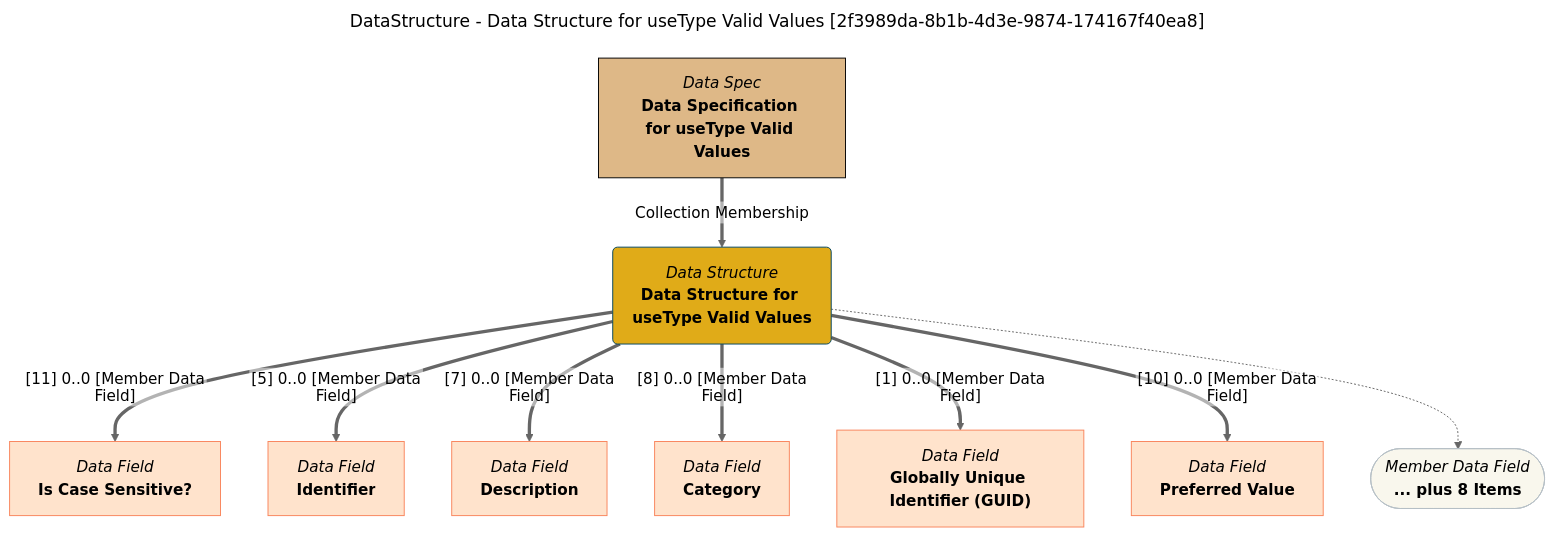
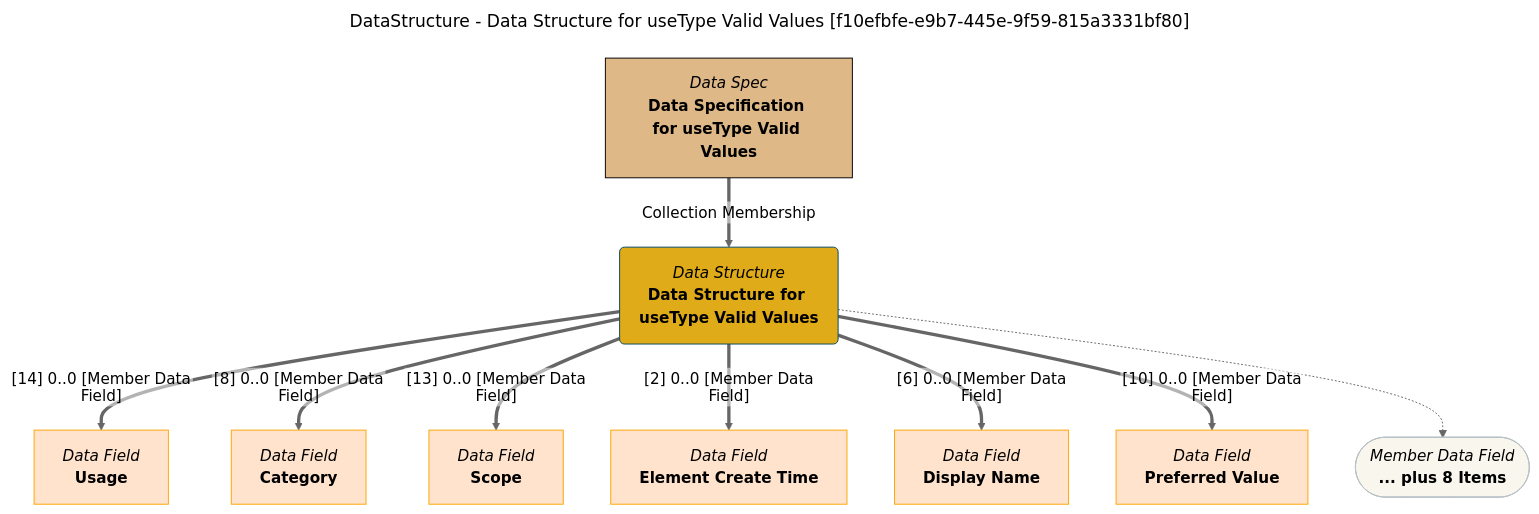
The diagram in site/snippets/data-structures/data-structure-for-usetype-valid-values-mermaid-graph.md (odpi/egeria-docs), drawn with Mermaid (neutral theme) before and after one commit. The commit also changed 2201 other files, not shown here.

````diff
--- a/site/snippets/data-structures/data-structure-for-usetype-valid-values-mermaid-graph.md
+++ b/site/snippets/data-structures/data-structure-for-usetype-valid-values-mermaid-graph.md
@@ -1,43 +1,43 @@
 ```mermaid
 ---
-title: DataStructure - Data Structure for useType Valid Values [2f3989da-8b1b-4d3e-9874-174167f40ea8]
+title: DataStructure - Data Structure for useType Valid Values [f10efbfe-e9b7-445e-9f59-815a3331bf80]
 ---
 flowchart TD
 %%{init: {"flowchart": {"htmlLabels": false}} }%%
 
 1@{ shape: rounded, label: "*Data Structure*
 **Data Structure for useType Valid Values**"}
 2@{ shape: rect, label: "*Data Spec*
 **Data Specification for useType Valid Values**"}
 2==>|"Collection Membership"|1
 3@{ shape: rect, label: "*Data Field*
-**Is Case Sensitive?**"}
-1==>|"[11] 0..0 [Member Data Field]"|3
+**Usage**"}
+1==>|"[14] 0..0 [Member Data Field]"|3
 4@{ shape: rect, label: "*Data Field*
-**Identifier**"}
-1==>|"[5] 0..0 [Member Data Field]"|4
+**Category**"}
+1==>|"[8] 0..0 [Member Data Field]"|4
 5@{ shape: rect, label: "*Data Field*
-**Description**"}
-1==>|"[7] 0..0 [Member Data Field]"|5
+**Scope**"}
+1==>|"[13] 0..0 [Member Data Field]"|5
 6@{ shape: rect, label: "*Data Field*
-**Category**"}
-1==>|"[8] 0..0 [Member Data Field]"|6
+**Element Create Time**"}
+1==>|"[2] 0..0 [Member Data Field]"|6
 7@{ shape: rect, label: "*Data Field*
-**Globally Unique Identifier (GUID)**"}
-1==>|"[1] 0..0 [Member Data Field]"|7
+**Display Name**"}
+1==>|"[6] 0..0 [Member Data Field]"|7
 8@{ shape: rect, label: "*Data Field*
 **Preferred Value**"}
 1==>|"[10] 0..0 [Member Data Field]"|8
 9@{ shape: stadium, label: "*Member Data Field*
 **... plus 8 Items**"}
 1-.->9
 style 1 color:#000000, fill:#e0ab18, stroke:#004563
-style 2 color:#000000, fill:#deb887, stroke:#000000
-style 3 color:#000000, fill:#ffe3cc, stroke:#f9845b
-style 4 color:#000000, fill:#ffe3cc, stroke:#f9845b
-style 5 color:#000000, fill:#ffe3cc, stroke:#f9845b
-style 6 color:#000000, fill:#ffe3cc, stroke:#f9845b
-style 7 color:#000000, fill:#ffe3cc, stroke:#f9845b
-style 8 color:#000000, fill:#ffe3cc, stroke:#f9845b
+style 2 color:#000000, fill:#DEB887, stroke:#000000
+style 3 color:#000000, fill:#ffe3cc, stroke:#FFA500
+style 4 color:#000000, fill:#ffe3cc, stroke:#FFA500
+style 5 color:#000000, fill:#ffe3cc, stroke:#FFA500
+style 6 color:#000000, fill:#ffe3cc, stroke:#FFA500
+style 7 color:#000000, fill:#ffe3cc, stroke:#FFA500
+style 8 color:#000000, fill:#ffe3cc, stroke:#FFA500
 style 9 color:#000000, fill:#F9F7ED, stroke:#b7c0c7
 ```
````
